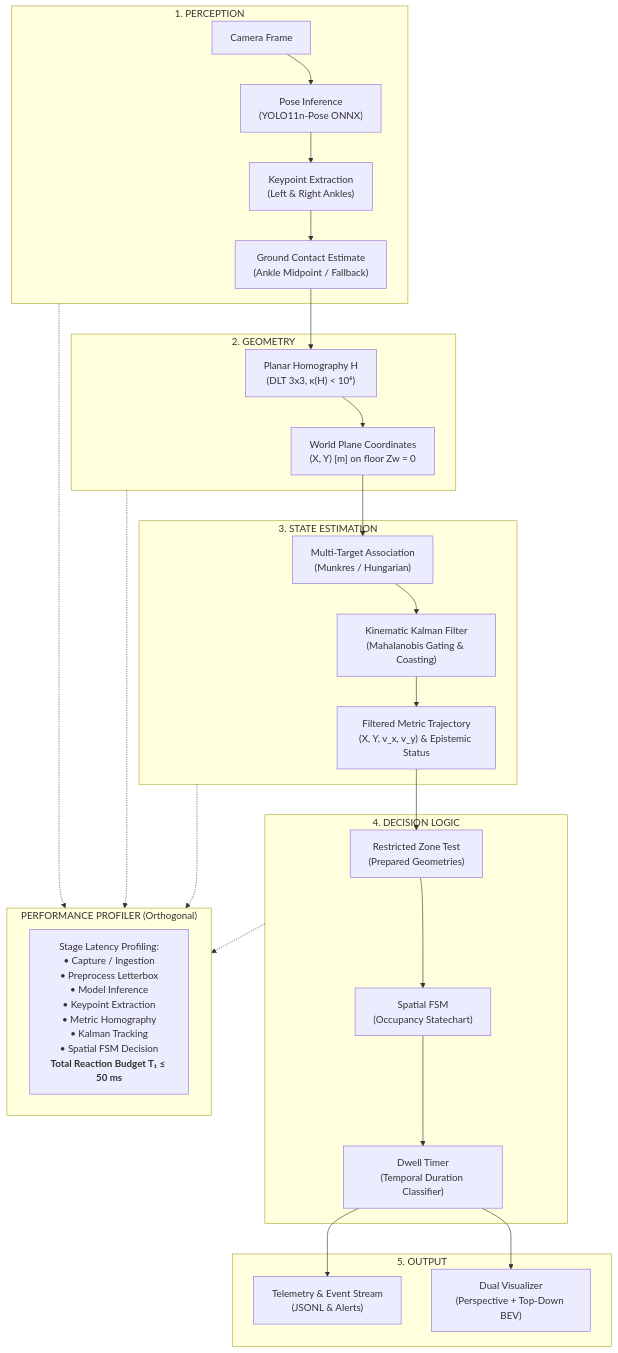
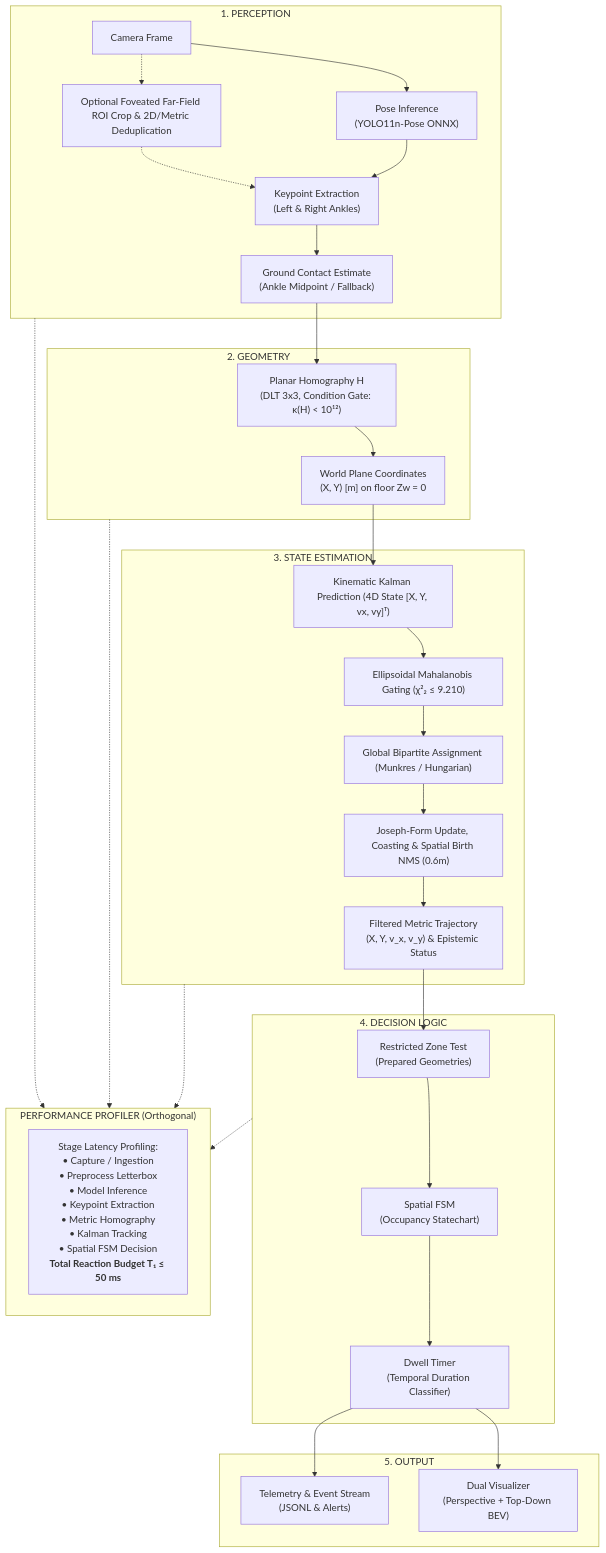
The first of 4 diagrams in README.md (LeanoA/edge-vision-zone-monitor), drawn with Mermaid before and after one commit. The commit also changed other lines of this file and 8 other files, not shown here.

Commit message:
docs: align diagrams, anchor tiers, geometry, and benchmarks with codebase

````diff
--- a/README.md
+++ b/README.md
@@ -85,39 +85,40 @@
 ```mermaid
 flowchart TD
     subgraph PERCEPTION ["1. PERCEPTION"]
         CAM["Camera Frame"] --> INFER["Pose Inference<br/>(YOLO11n-Pose ONNX)"]
+        CAM -.-> ROI["Optional Foveated Far-Field ROI Crop & 2D/Metric Deduplication"]
+        ROI -.-> KP
         INFER --> KP["Keypoint Extraction<br/>(Left & Right Ankles)"]
         KP --> GROUND["Ground Contact Estimate<br/>(Ankle Midpoint / Fallback)"]
     end
 
     subgraph GEOMETRY ["2. GEOMETRY"]
-        GROUND --> HOMO["Planar Homography H<br/>(DLT 3x3, κ(H) < 10⁶)"]
+        GROUND --> HOMO["Planar Homography H<br/>(DLT 3x3, Condition Gate: κ(H) < 10¹²)"]
         HOMO --> METRIC["World Plane Coordinates<br/>(X, Y) [m] on floor Zw = 0"]
     end
 
     subgraph STATE_ESTIMATION ["3. STATE ESTIMATION"]
-        METRIC --> MOT["Multi-Target Association<br/>(Munkres / Hungarian)"]
-        MOT --> KF["Kinematic Kalman Filter<br/>(Mahalanobis Gating & Coasting)"]
-        KF --> TRAJ["Filtered Metric Trajectory<br/>(X, Y, v_x, v_y) & Epistemic Status"]
+        METRIC --> KF_PRED["Kinematic Kalman Prediction (4D State [X, Y, vx, vy]ᵀ)"] --> GATE["Ellipsoidal Mahalanobis Gating (χ²₂ ≤ 9.210)"] --> MOT["Global Bipartite Assignment (Munkres / Hungarian)"] --> KF_UPD["Joseph-Form Update, Coasting & Spatial Birth NMS (0.6m)"]
+        KF_UPD --> TRAJ["Filtered Metric Trajectory<br/>(X, Y, v_x, v_y) & Epistemic Status"]
     end
 
     subgraph DECISION_LOGIC ["4. DECISION LOGIC"]
         TRAJ --> ZONE["Restricted Zone Test<br/>(Prepared Geometries)"]
         ZONE --> FSM["Spatial FSM<br/>(Occupancy Statechart)"]
         FSM --> DWELL["Dwell Timer<br/>(Temporal Duration Classifier)"]
     end
 
     subgraph OUTPUT ["5. OUTPUT"]
         DWELL --> TELEM["Telemetry & Event Stream<br/>(JSONL & Alerts)"]
         DWELL --> OVERLAY["Dual Visualizer<br/>(Perspective + Top-Down BEV)"]
     end
 
     subgraph PROFILER ["PERFORMANCE PROFILER (Orthogonal)"]
         PROF["Stage Latency Profiling:<br/>• Capture / Ingestion<br/>• Preprocess Letterbox<br/>• Model Inference<br/>• Keypoint Extraction<br/>• Metric Homography<br/>• Kalman Tracking<br/>• Spatial FSM Decision<br/><b>Total Reaction Budget T₁ ≤ 50 ms</b>"]
     end
 
     PERCEPTION -.-> PROFILER
     GEOMETRY -.-> PROFILER
     STATE_ESTIMATION -.-> PROFILER
     DECISION_LOGIC -.-> PROFILER
 ```
````
